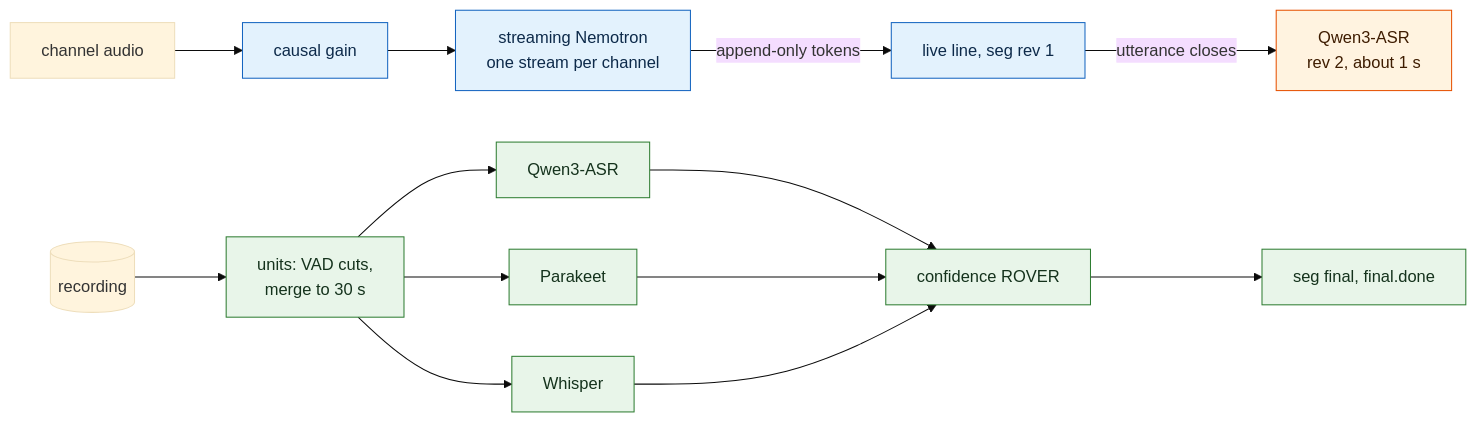
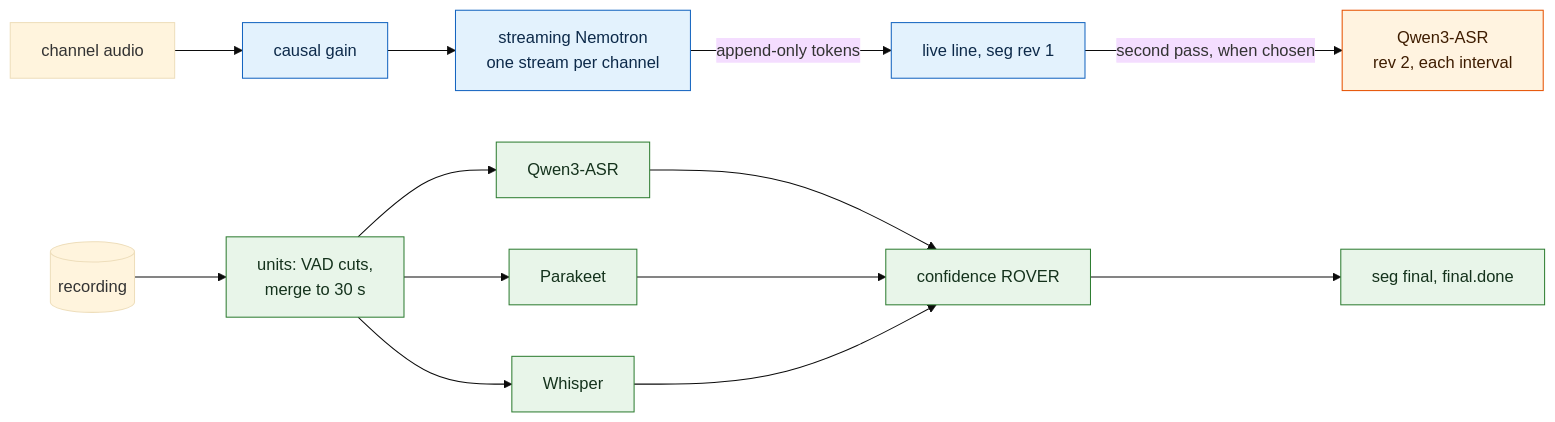
Before and after one commit to GeiserX/akou: the diagram in docs/research/asr-architecture.md, drawn with Mermaid (base theme). The commit also changed other lines of this file and 43 other files, not shown here.

First line of the commit message:
feat(live): pick the live model by name, with the second pass as a separate choice and interval (#199)

````diff
--- a/docs/research/asr-architecture.md
+++ b/docs/research/asr-architecture.md
@@ -20,18 +20,18 @@
 ```mermaid
 flowchart LR
   classDef live fill:#e3f2fd,stroke:#1565c0,color:#0d2a4a
   classDef up fill:#fff3e0,stroke:#e65100,color:#3e1c00
   classDef final fill:#e8f5e9,stroke:#2e7d32,color:#14321c
 
   Mic["channel audio"] --> AGC["causal gain"]:::live --> Str["streaming Nemotron<br/>one stream per channel"]:::live
   Str -->|"append-only tokens"| Line["live line, seg rev 1"]:::live
-  Line -->|"utterance closes"| RQ["Qwen3-ASR<br/>rev 2, about 1 s"]:::up
+  Line -->|"second pass, when chosen"| RQ["Qwen3-ASR<br/>rev 2, each interval"]:::up
   Rec[("recording")] --> Units["units: VAD cuts,<br/>merge to 30 s"]:::final
   Units --> Q["Qwen3-ASR"]:::final
   Units --> P["Parakeet"]:::final
   Units --> W["Whisper"]:::final
   Q --> Rov["confidence ROVER"]:::final
   P --> Rov
   W --> Rov
   Rov --> Fin["seg final, final.done"]:::final
 ```
````
